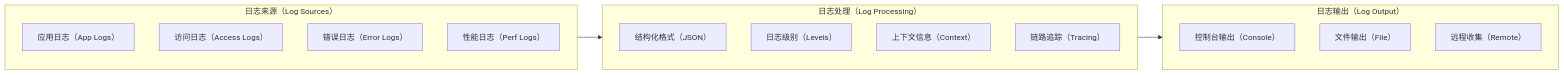
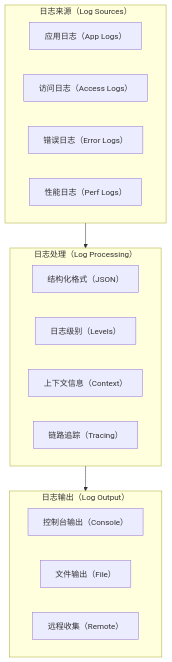
One commit to turtacn/staravail changed the eighth of 8 diagrams in docs/architecture.md. Above: the diagram before and after it, drawn with Mermaid.

Commit message:
init c4 v0.1.1 main-frame code structure

````diff
--- a/docs/architecture.md
+++ b/docs/architecture.md
@@ -318,28 +318,28 @@
 ```mermaid
-graph LR
+graph TD
     %% 日志来源
     subgraph LS[日志来源（Log Sources）]
         A1[应用日志（App Logs）]
         A2[访问日志（Access Logs）]
         A3[错误日志（Error Logs）]
         A4[性能日志（Perf Logs）]
     end
 
     %% 日志处理
     subgraph LP[日志处理（Log Processing）]
         B1[结构化格式（JSON）]
         B2[日志级别（Levels）]
         B3[上下文信息（Context）]
         B4[链路追踪（Tracing）]
     end
 
     %% 日志输出
     subgraph LO[日志输出（Log Output）]
         C1[控制台输出（Console）]
         C2[文件输出（File）]
         C3[远程收集（Remote）]
     end
 
     LS --> LP
     LP --> LO
 ```
````
